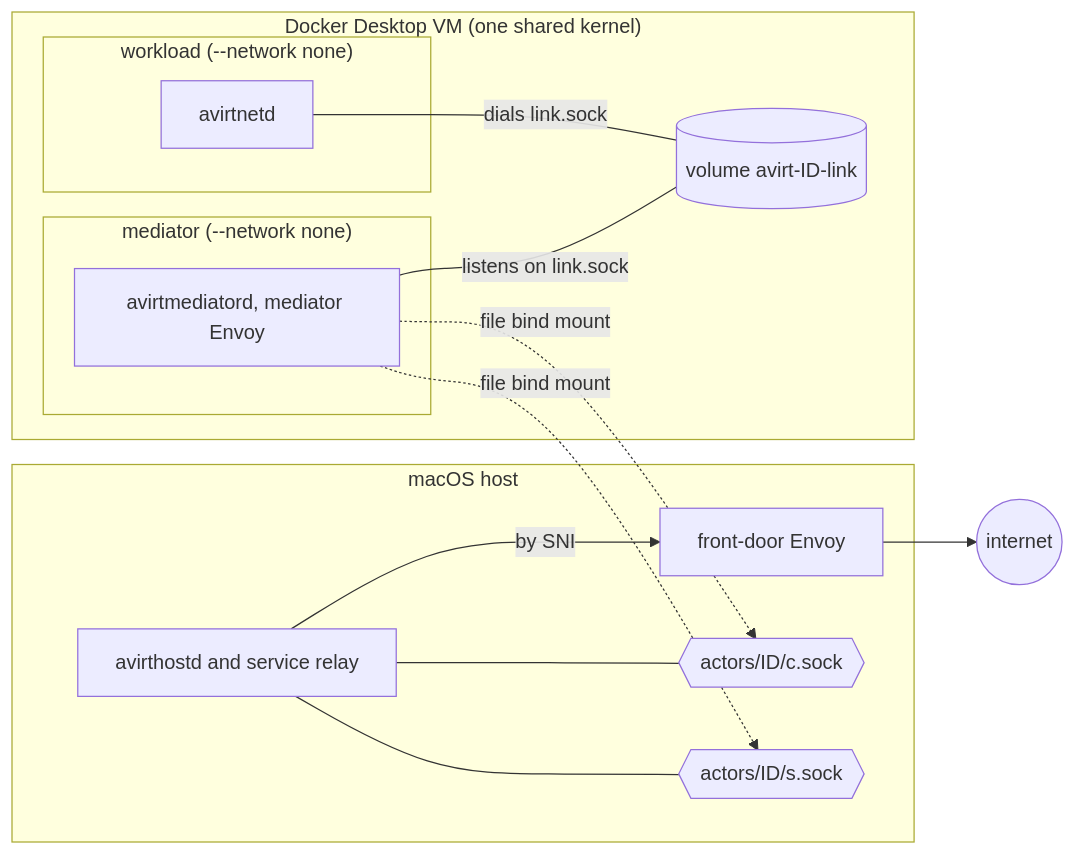
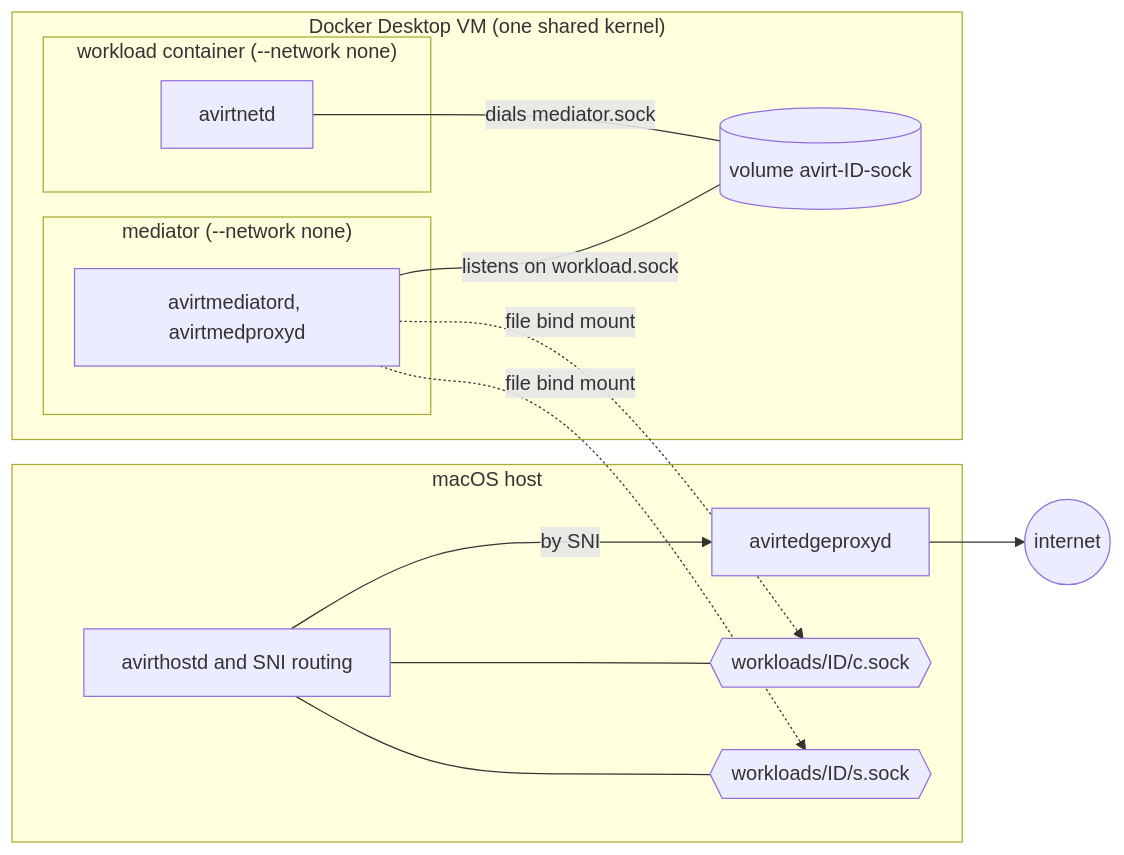
The second of 2 diagrams in docs/compute-runtimes.md (tbhb-dev/avirt), drawn with Mermaid before and after one commit. The commit also changed other lines of this file and 61 other files, not shown here.

First line of the commit message:
docs: design the avirt component architecture

````diff
--- a/docs/compute-runtimes.md
+++ b/docs/compute-runtimes.md
@@ -163,26 +167,26 @@
 ```mermaid
 flowchart LR
     subgraph mac["macOS host"]
-        hostd["avirthostd and service relay"]
-        fd["front-door Envoy"]
-        csock{{"actors/ID/c.sock"}}
-        ssock{{"actors/ID/s.sock"}}
+        hostd["avirthostd and SNI routing"]
+        fd["avirtedgeproxyd"]
+        csock{{"workloads/ID/c.sock"}}
+        ssock{{"workloads/ID/s.sock"}}
         hostd --- csock
         hostd --- ssock
         hostd -->|"by SNI"| fd
     end
     subgraph vm["Docker Desktop VM (one shared kernel)"]
-        subgraph wl["workload (--network none)"]
+        subgraph wl["workload container (--network none)"]
             net["avirtnetd"]
         end
-        vol[("volume avirt-ID-link")]
+        vol[("volume avirt-ID-sock")]
         subgraph med["mediator (--network none)"]
-            s["avirtmediatord, mediator Envoy"]
+            s["avirtmediatord, avirtmedproxyd"]
         end
-        net ---|"dials link.sock"| vol
-        s ---|"listens on link.sock"| vol
+        net ---|"dials mediator.sock"| vol
+        s ---|"listens on workload.sock"| vol
     end
     s -.->|"file bind mount"| csock
     s -.->|"file bind mount"| ssock
     fd --> inet(("internet"))
 ```
````
